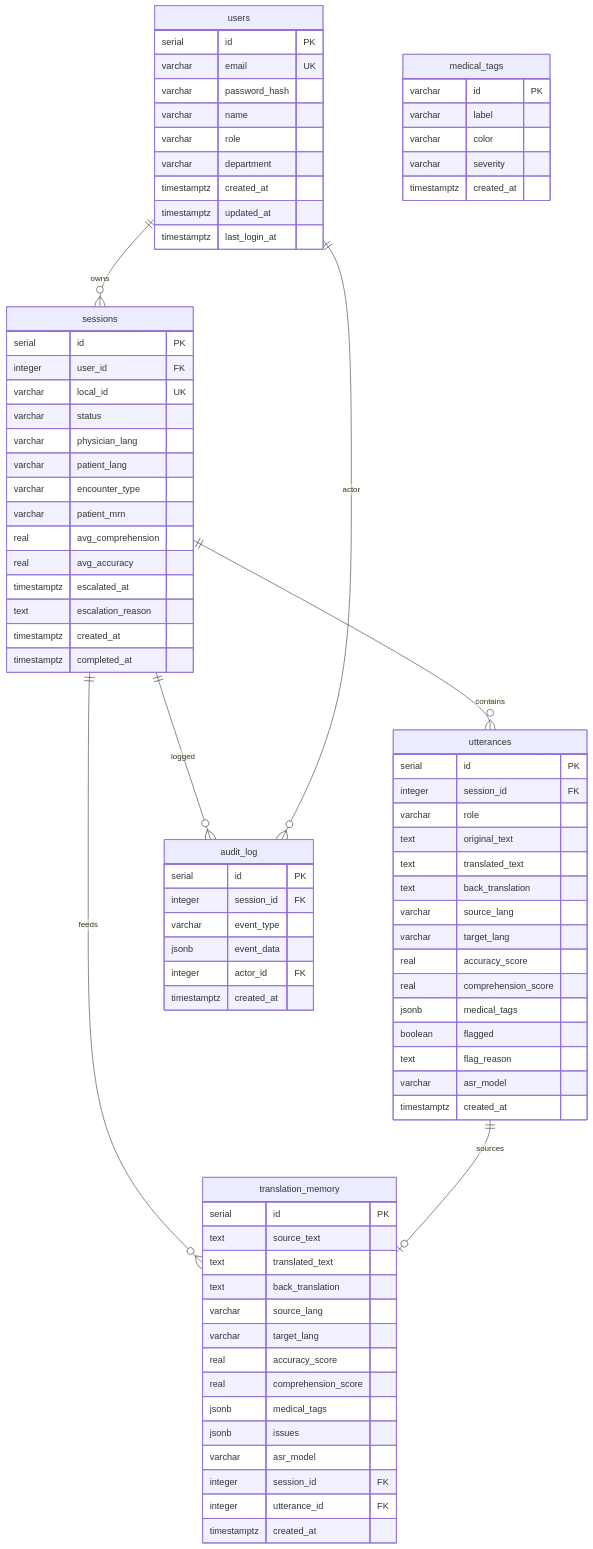
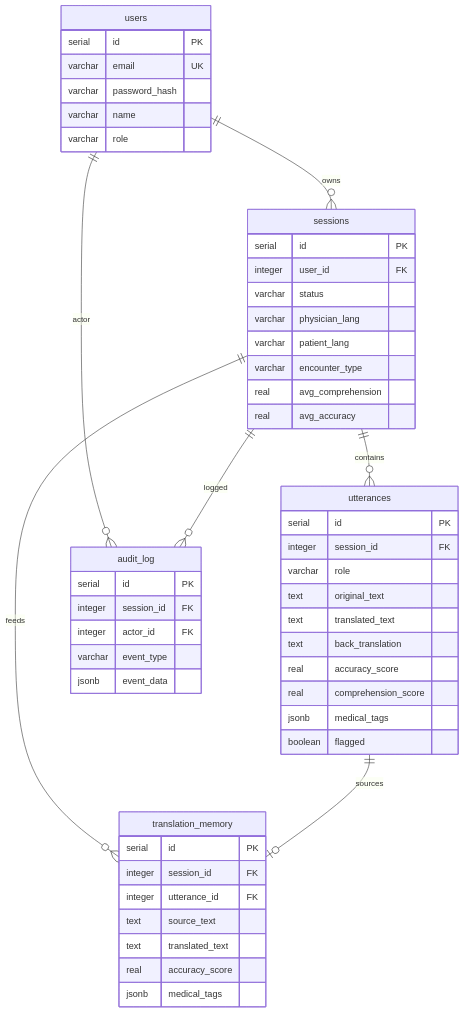
One commit to frenzy2004/Interp changed the fourth of 4 diagrams in README.md. Above: the diagram before and after it, drawn with Mermaid. The commit also changed other lines of this file, not shown here.

First line of the commit message:
Clean up mermaid diagrams for readability

````diff
--- a/README.md
+++ b/README.md
@@ -221,27 +135,17 @@
     varchar password_hash
     varchar name
     varchar role
-    varchar department
-    timestamptz created_at
-    timestamptz updated_at
-    timestamptz last_login_at
   }
 
   sessions {
     serial id PK
     integer user_id FK
-    varchar local_id UK
     varchar status
     varchar physician_lang
     varchar patient_lang
     varchar encounter_type
-    varchar patient_mrn
     real avg_comprehension
     real avg_accuracy
-    timestamptz escalated_at
-    text escalation_reason
-    timestamptz created_at
-    timestamptz completed_at
   }
 
   utterances {
@@ -251,55 +155,34 @@
     text original_text
     text translated_text
     text back_translation
-    varchar source_lang
-    varchar target_lang
     real accuracy_score
     real comprehension_score
     jsonb medical_tags
     boolean flagged
-    text flag_reason
-    varchar asr_model
-    timestamptz created_at
   }
 
   audit_log {
     serial id PK
     integer session_id FK
+    integer actor_id FK
     varchar event_type
     jsonb event_data
-    integer actor_id FK
-    timestamptz created_at
-  }
-
-  medical_tags {
-    varchar id PK
-    varchar label
-    varchar color
-    varchar severity
-    timestamptz created_at
   }
 
   translation_memory {
     serial id PK
+    integer session_id FK
+    integer utterance_id FK
     text source_text
     text translated_text
-    text back_translation
-    varchar source_lang
-    varchar target_lang
     real accuracy_score
-    real comprehension_score
     jsonb medical_tags
-    jsonb issues
-    varchar asr_model
-    integer session_id FK
-    integer utterance_id FK
-    timestamptz created_at
   }
 
   users ||--o{ sessions : "owns"
+  users ||--o{ audit_log : "actor"
   sessions ||--o{ utterances : "contains"
   sessions ||--o{ audit_log : "logged"
-  users ||--o{ audit_log : "actor"
   sessions ||--o{ translation_memory : "feeds"
   utterances ||--o| translation_memory : "sources"
 ```
````
